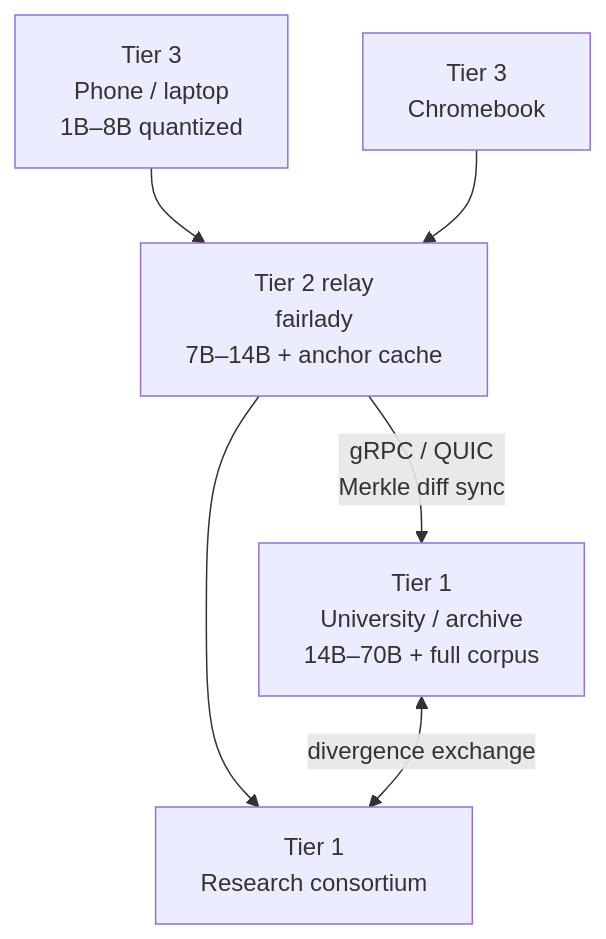
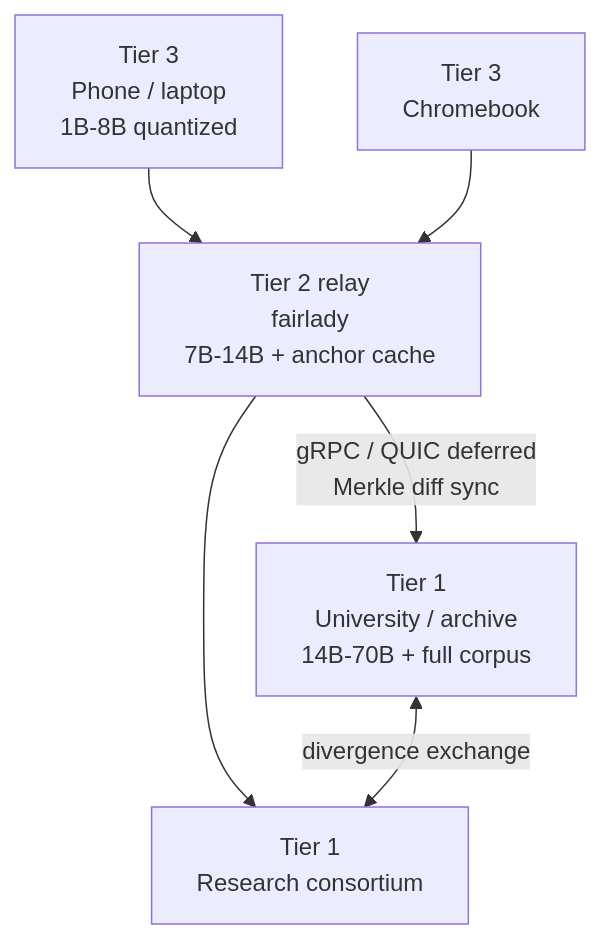
One commit to KristianKrattiger/GIN changed the eighth of 8 diagrams in architecture.md. Above: the diagram before and after it, drawn with Mermaid. The commit also changed other lines of this file and 7 other files, not shown here.

Commit message:
Docs: align status docs with Phase 2/3 shipping; add per-layer architecture graphs.

````diff
--- a/architecture.md
+++ b/architecture.md
@@ -335,14 +462,14 @@
 ```mermaid
 flowchart TB
-    T3A["Tier 3\nPhone / laptop\n1B–8B quantized"]
+    T3A["Tier 3\nPhone / laptop\n1B-8B quantized"]
     T3B["Tier 3\nChromebook"]
-    T2["Tier 2 relay\nfairlady\n7B–14B + anchor cache"]
-    T1A["Tier 1\nUniversity / archive\n14B–70B + full corpus"]
+    T2["Tier 2 relay\nfairlady\n7B-14B + anchor cache"]
+    T1A["Tier 1\nUniversity / archive\n14B-70B + full corpus"]
     T1B["Tier 1\nResearch consortium"]
 
     T3A --> T2
     T3B --> T2
-    T2 -->|"gRPC / QUIC\nMerkle diff sync"| T1A
+    T2 -->|"gRPC / QUIC deferred\nMerkle diff sync"| T1A
     T2 --> T1B
     T1A <-->|"divergence exchange"| T1B
 ```
````
